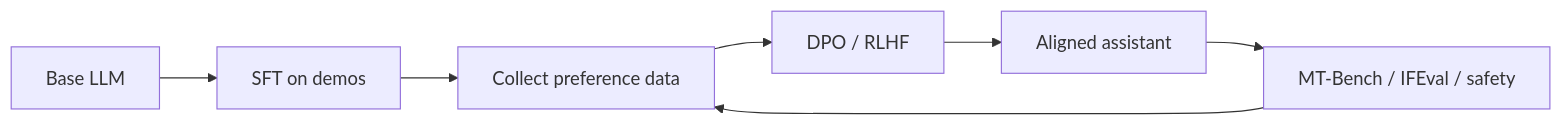
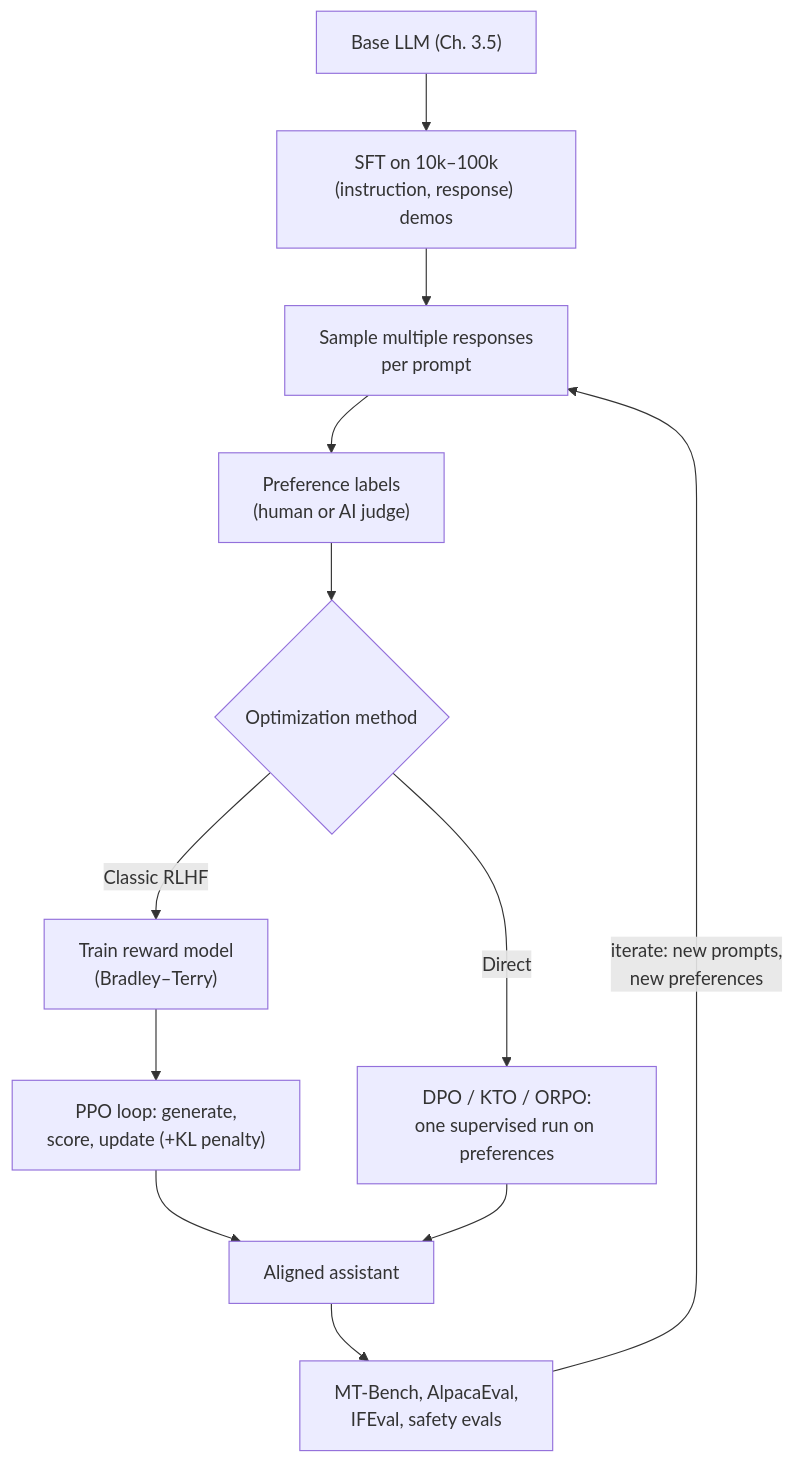
Before and after one commit to ABHIRAM3007/itp: the first of 3 diagrams in roadmap/phase-3-nlp-llm/06-rlhf-dpo.md, drawn with Mermaid. The commit also changed other lines of this file and 19 other files, not shown here.

````diff
--- a/roadmap/phase-3-nlp-llm/06-rlhf-dpo.md
+++ b/roadmap/phase-3-nlp-llm/06-rlhf-dpo.md
@@ -73,9 +172,14 @@
 ```mermaid
-flowchart LR
-    B["Base LLM"] --> S["SFT on demos"]
-    S --> R["Collect preference data"]
-    R --> D["DPO / RLHF"]
-    D --> A["Aligned assistant"]
-    A --> Eval["MT-Bench / IFEval / safety"]
-    Eval --> R
+flowchart TD
+    B["Base LLM (Ch. 3.5)"] --> SFT["SFT on 10k–100k<br/>(instruction, response) demos"]
+    SFT --> GEN["Sample multiple responses<br/>per prompt"]
+    GEN --> PREF["Preference labels<br/>(human or AI judge)"]
+    PREF --> CHOICE{Optimization method}
+    CHOICE -->|Classic RLHF| RM["Train reward model<br/>(Bradley–Terry)"]
+    RM --> PPO["PPO loop: generate,<br/>score, update (+KL penalty)"]
+    CHOICE -->|Direct| DPO["DPO / KTO / ORPO:<br/>one supervised run on preferences"]
+    PPO --> A["Aligned assistant"]
+    DPO --> A
+    A --> EVAL["MT-Bench, AlpacaEval,<br/>IFEval, safety evals"]
+    EVAL -->|iterate: new prompts,<br/>new preferences| GEN
 ```
````
